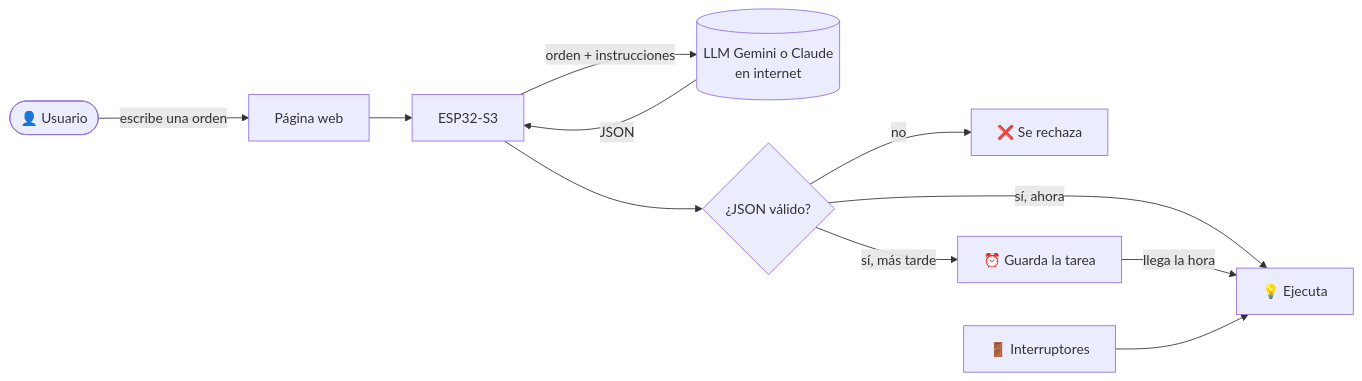
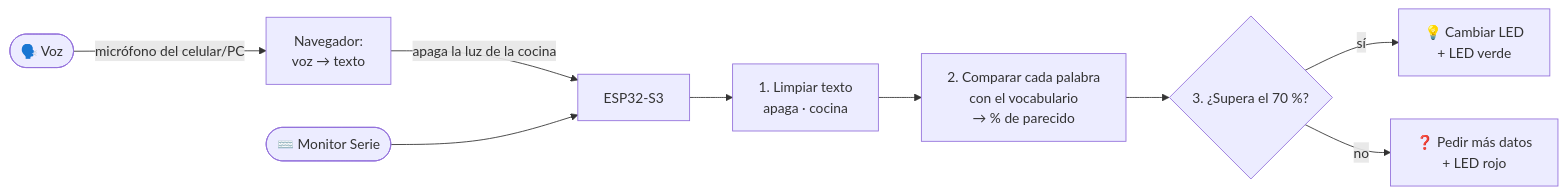
Before and after one commit to MainRDSniper09/ESP32-IA: the diagram in README.md, drawn with Mermaid. The commit also changed other lines of this file and 20 other files, not shown here.

First line of the commit message:
feat: asistente de voz que interpreta órdenes en la ESP32 (parte 1)

````diff
--- a/README.md
+++ b/README.md
@@ -51,13 +58,11 @@
 ```mermaid
 flowchart LR
-    A([👤 Usuario]) -->|escribe una orden| B[Página web]
-    B --> C[ESP32-S3]
-    C -->|orden + instrucciones| D[(LLM Gemini o Claude<br/>en internet)]
-    D -->|JSON| C
-    C --> E{¿JSON válido?}
-    E -->|no| F[❌ Se rechaza]
-    E -->|sí, ahora| G[💡 Ejecuta]
-    E -->|sí, más tarde| H[⏰ Guarda la tarea]
-    H -->|llega la hora| G
-    I[🚪 Interruptores] --> G
+    A([🗣️ Voz]) -->|micrófono del celular/PC| B[Navegador:<br/>voz → texto]
+    B -->|"apaga la luz de la cocina"| C[ESP32-S3]
+    K([⌨️ Monitor Serie]) --> C
+    C --> D[1. Limpiar texto<br/>apaga · cocina]
+    D --> E[2. Comparar cada palabra<br/>con el vocabulario<br/>→ % de parecido]
+    E --> F{3. ¿Supera el 70 %?}
+    F -->|sí| G[💡 Cambiar LED<br/>+ LED verde]
+    F -->|no| H[❓ Pedir más datos<br/>+ LED rojo]
 ```
````
